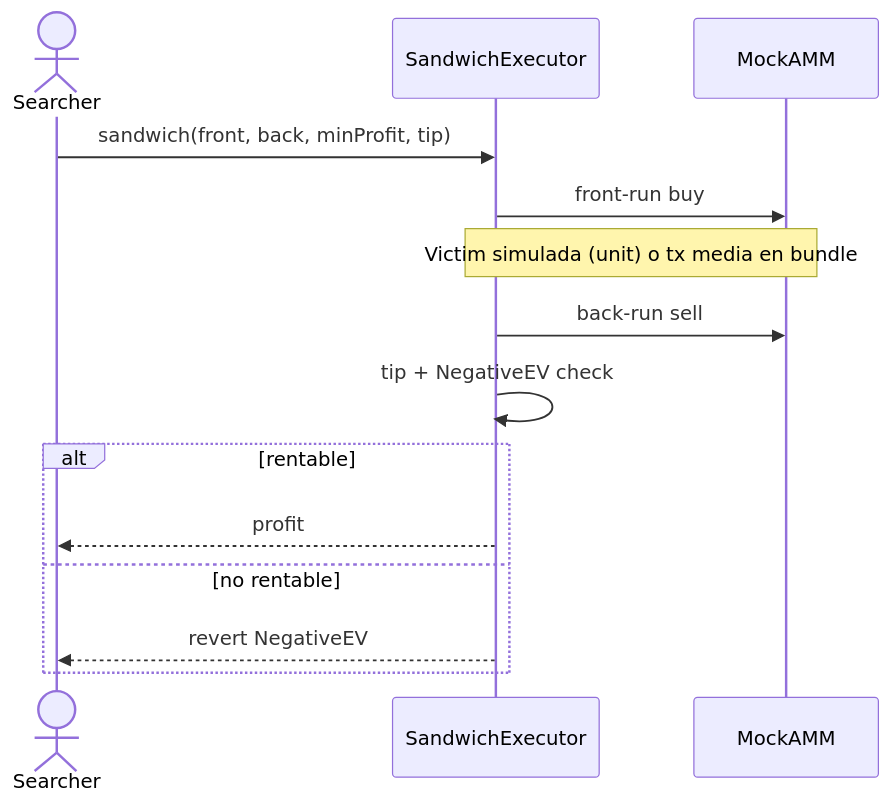
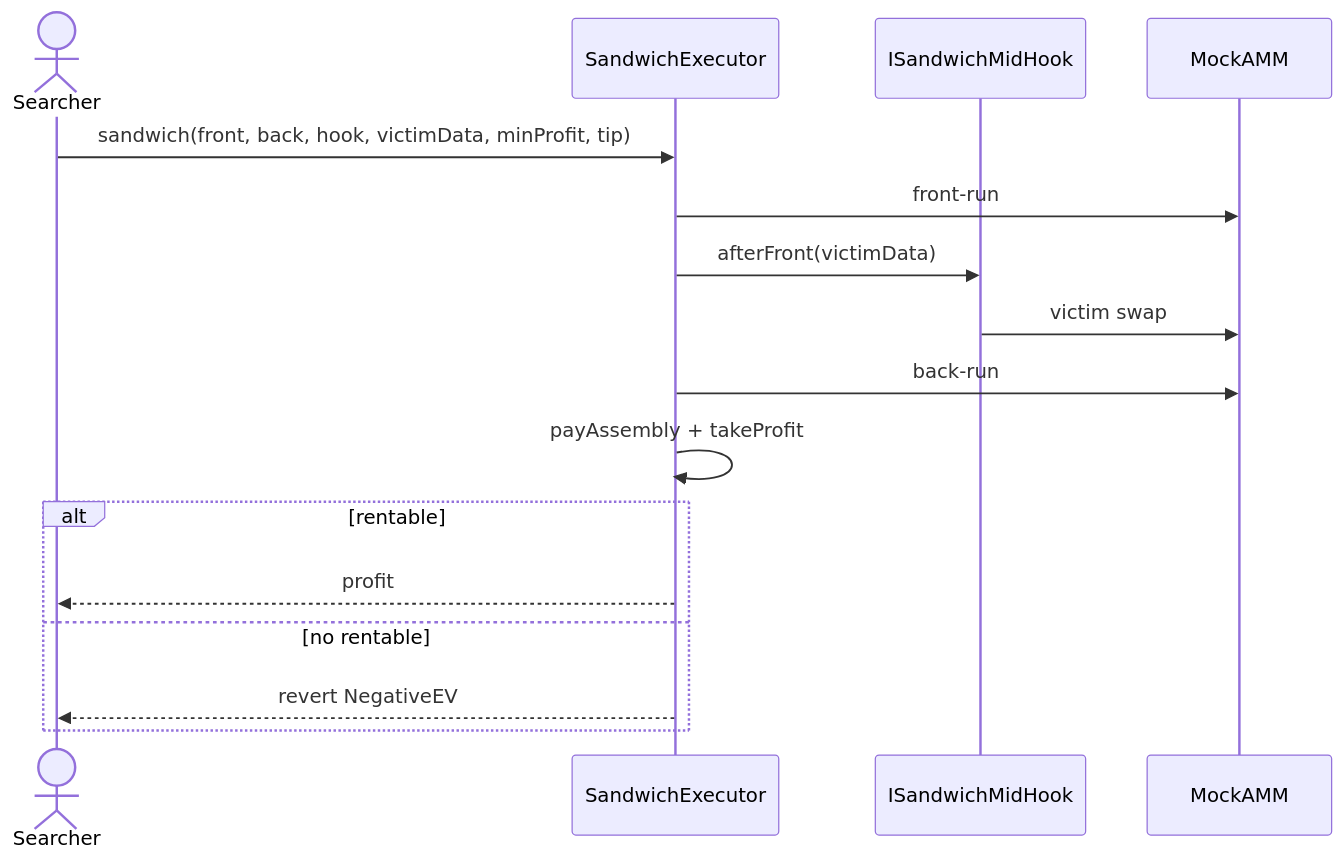
The eighth of 9 diagrams in doc/flujograma.md (rastrahm/mev-hft-infra), drawn with Mermaid before and after one commit. The commit also changed other lines of this file and 5 other files, not shown here.

````diff
--- a/doc/flujograma.md
+++ b/doc/flujograma.md
@@ -176,17 +149,19 @@
 ```mermaid
 sequenceDiagram
     actor S as Searcher
     participant Ex as SandwichExecutor
+    participant Hook as ISandwichMidHook
     participant Pool as MockAMM
 
-    S->>Ex: sandwich(front, back, minProfit, tip)
-    Ex->>Pool: front-run buy
-    Note over Ex,Pool: Victim simulada (unit) o tx media en bundle
-    Ex->>Pool: back-run sell
-    Ex->>Ex: tip + NegativeEV check
+    S->>Ex: sandwich(front, back, hook, victimData, minProfit, tip)
+    Ex->>Pool: front-run
+    Ex->>Hook: afterFront(victimData)
+    Hook->>Pool: victim swap
+    Ex->>Pool: back-run
+    Ex->>Ex: payAssembly + takeProfit
     alt rentable
         Ex-->>S: profit
     else no rentable
         Ex-->>S: revert NegativeEV
     end
 ```
````
